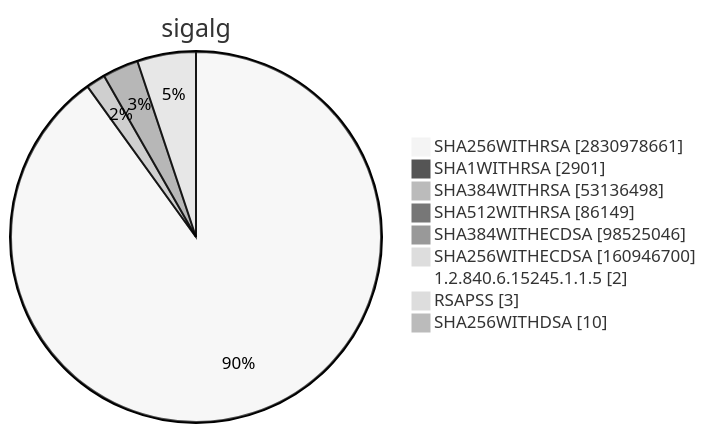
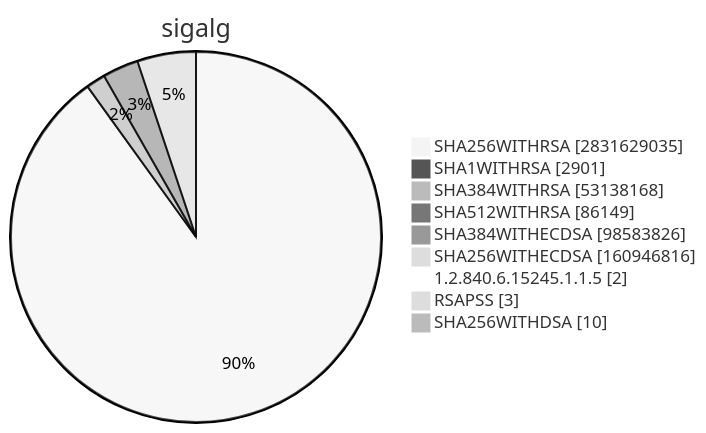
Before and after one commit to christiankrug/ctmonitor_visualization: diagram 15 of 15 in TOTAL/README.md, drawn with Mermaid (neutral theme). The commit also changed other lines of this file, not shown here.

````diff
--- a/TOTAL/README.md
+++ b/TOTAL/README.md
@@ -6207,13 +6207,13 @@
 ```mermaid
 pie showData
 title sigalg
-"SHA256WITHRSA" :2830978661
+"SHA256WITHRSA" :2831629035
 "SHA1WITHRSA" :2901
-"SHA384WITHRSA" :53136498
+"SHA384WITHRSA" :53138168
 "SHA512WITHRSA" :86149
-"SHA384WITHECDSA" :98525046
-"SHA256WITHECDSA" :160946700
+"SHA384WITHECDSA" :98583826
+"SHA256WITHECDSA" :160946816
 "1.2.840.6.15245.1.1.5" :2
 "RSAPSS" :3
 "SHA256WITHDSA" :10
 ```
````
